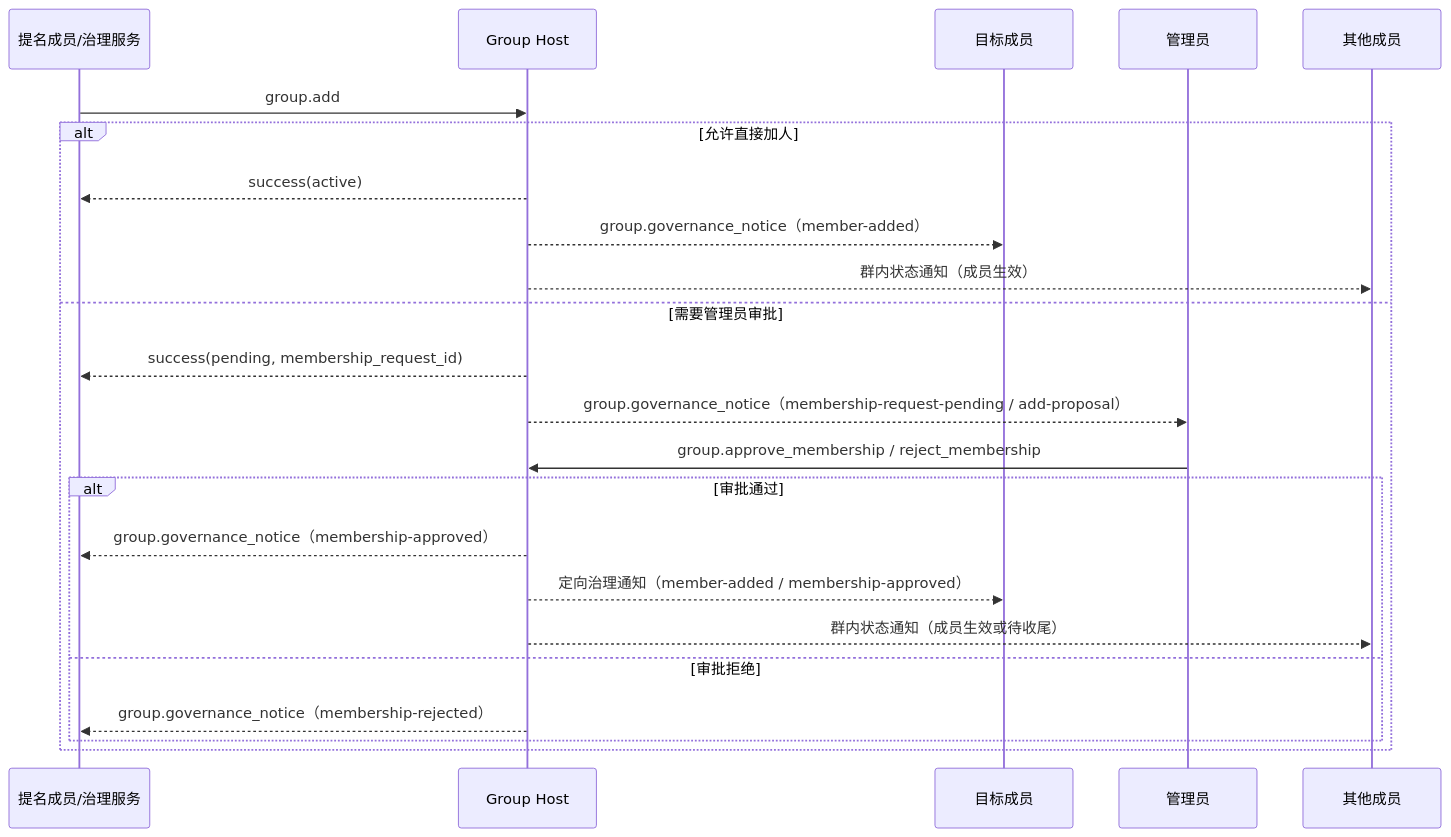
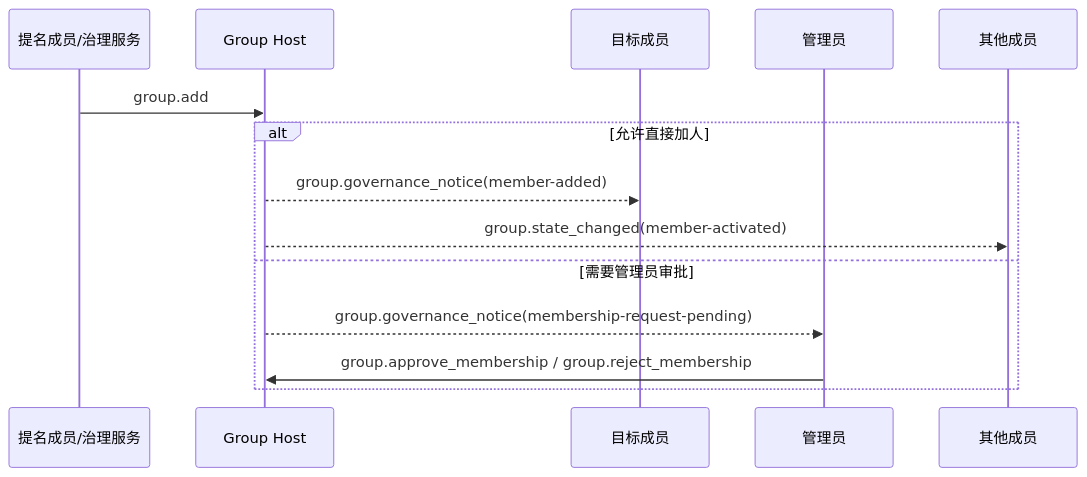
Before and after one commit to NeatNerdPrime/AgentNetworkProtocol: the fourth of 7 diagrams in chinese/message/04-群组基础语义.md, drawn with Mermaid. The commit also changed other lines of this file and 3 other files, not shown here.

````diff
--- a/chinese/message/04-群组基础语义.md
+++ b/chinese/message/04-群组基础语义.md
@@ -1583,26 +1252,17 @@
 ```mermaid
 sequenceDiagram
     participant Proposer as 提名成员/治理服务
     participant Host as Group Host
     participant Target as 目标成员
     participant Admin as 管理员
     participant Members as 其他成员
 
     Proposer->>Host: group.add
     alt 允许直接加人
-        Host-->>Proposer: success(active)
-        Host-->>Target: group.governance_notice（member-added）
-        Host-->>Members: 群内状态通知（成员生效）
+        Host-->>Target: group.governance_notice(member-added)
+        Host-->>Members: group.state_changed(member-activated)
     else 需要管理员审批
-        Host-->>Proposer: success(pending, membership_request_id)
-        Host-->>Admin: group.governance_notice（membership-request-pending / add-proposal）
-        Admin->>Host: group.approve_membership / reject_membership
-        alt 审批通过
-            Host-->>Proposer: group.governance_notice（membership-approved）
-            Host-->>Target: 定向治理通知（member-added / membership-approved）
-            Host-->>Members: 群内状态通知（成员生效或待收尾）
-        else 审批拒绝
-            Host-->>Proposer: group.governance_notice（membership-rejected）
-        end
+        Host-->>Admin: group.governance_notice(membership-request-pending)
+        Admin->>Host: group.approve_membership / group.reject_membership
     end
 ```
````
